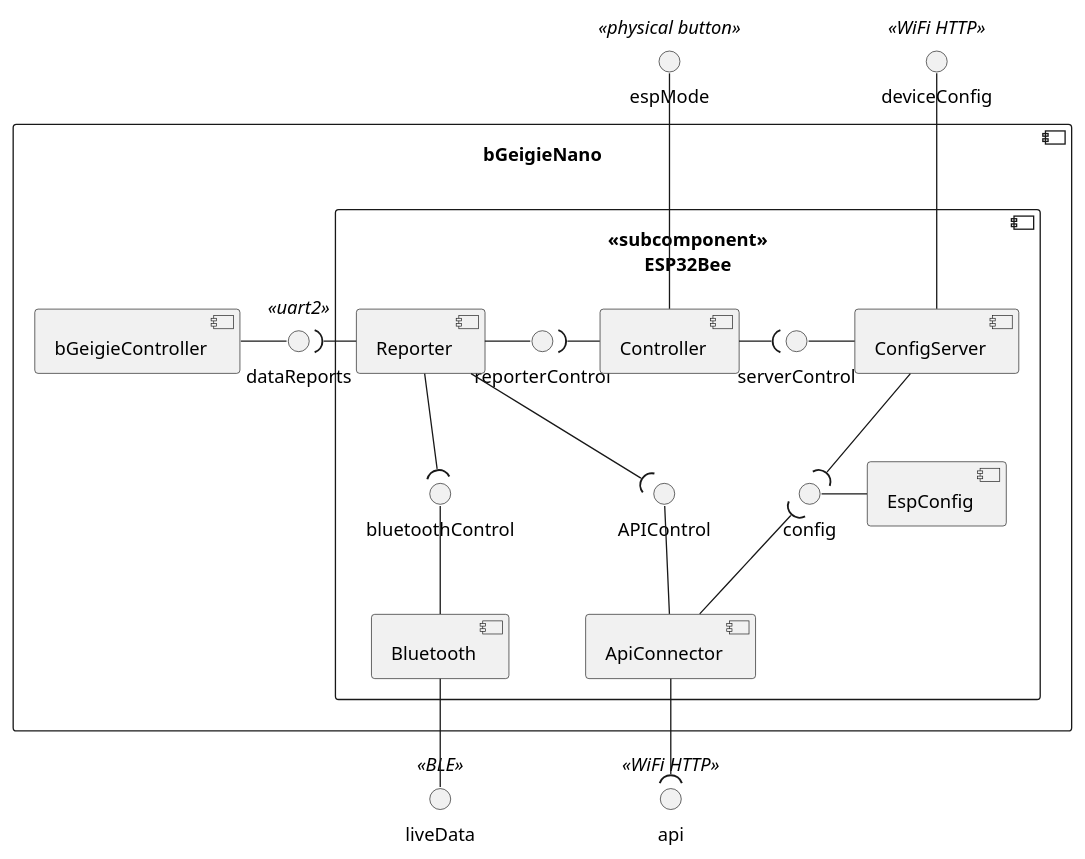
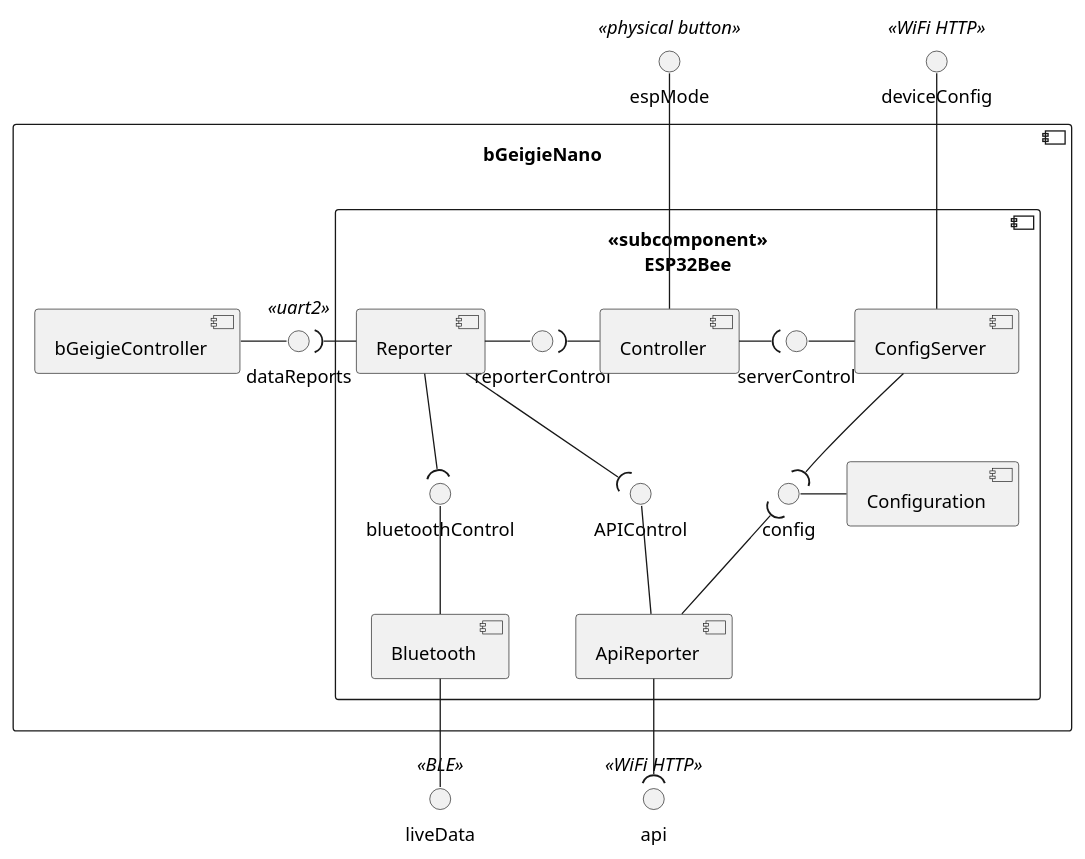
The diagram in designs/software/components.puml (Safecast/bGeigieCast), drawn with PlantUML before and after one commit. The commit also changed 40 other files, not shown here.

```diff
--- a/designs/software/components.puml
+++ b/designs/software/components.puml
@@ -1,51 +1,51 @@
 @startuml
 
 interface espMode<<physical button>>
 interface deviceConfig<<WiFi HTTP>>
 interface liveData<<BLE>>
 interface api<<WiFi HTTP>>
 
 component bGeigieNano\n {
     interface dataReports<<uart2>>
     component bGeigieController
 
     component <<subcomponent>>\nESP32Bee\n {
         interface IBL as "bluetoothControl"
         interface IAP as "APIControl"
         interface reporterControl
         interface serverControl
         component Controller
         component Reporter
         component ConfigServer
-        component ApiConnector
+        component ApiReporter
         component Bluetooth
-        component EspConfig
+        component Configuration
 
         ''' For ordering '''
-        ConfigServer -[hidden]> EspConfig
+        ConfigServer -[hidden]> Configuration
         ''''''
 
         Controller -( serverControl
         serverControl - ConfigServer
         dataReports )- Reporter
         config )-u- ConfigServer
-        config - EspConfig
+        config - Configuration
         deviceConfig -d- ConfigServer
         espMode -d- Controller
         Controller -l-( reporterControl
         Reporter -r- reporterControl
         IBL )-u- Reporter
         IBL -d- Bluetooth
         IAP )-u- Reporter
-        IAP -d- ApiConnector
-        ApiConnector -u-( config
+        IAP -d- ApiReporter
+        ApiReporter -u-( config
 
         liveData -u- Bluetooth
-        api )-u- ApiConnector
+        api )-u- ApiReporter
     }
 
     bGeigieController - dataReports
 
 }
 
 @enduml
```
